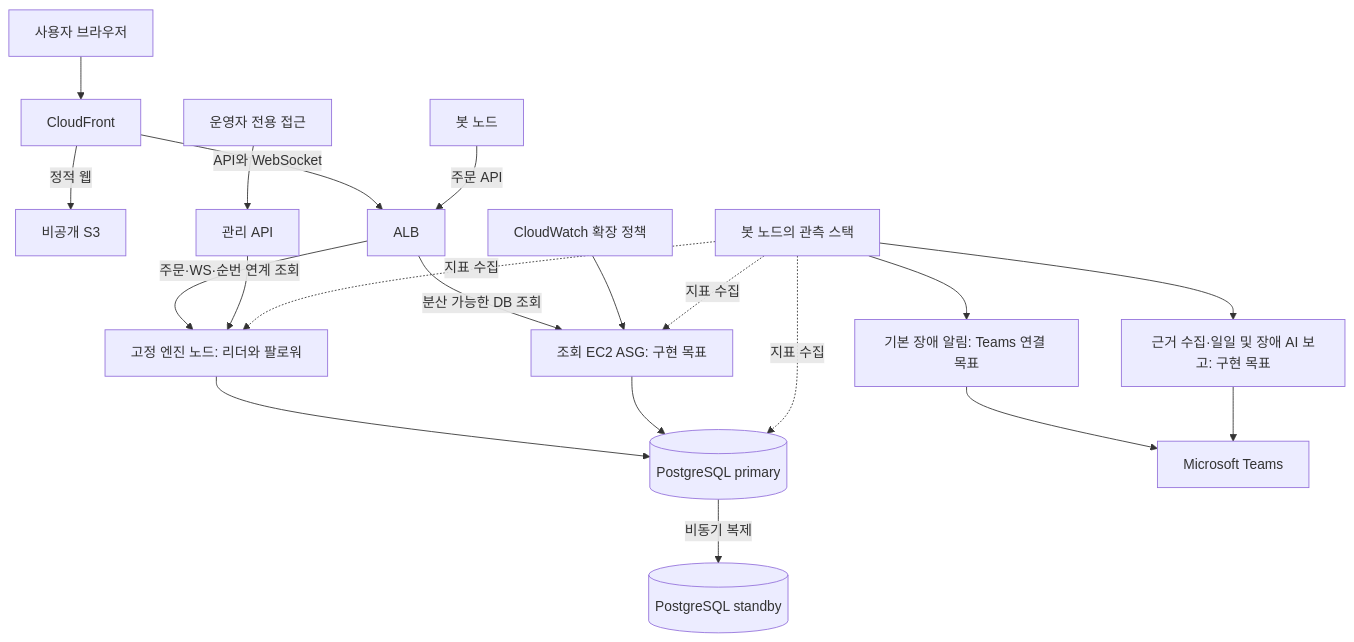
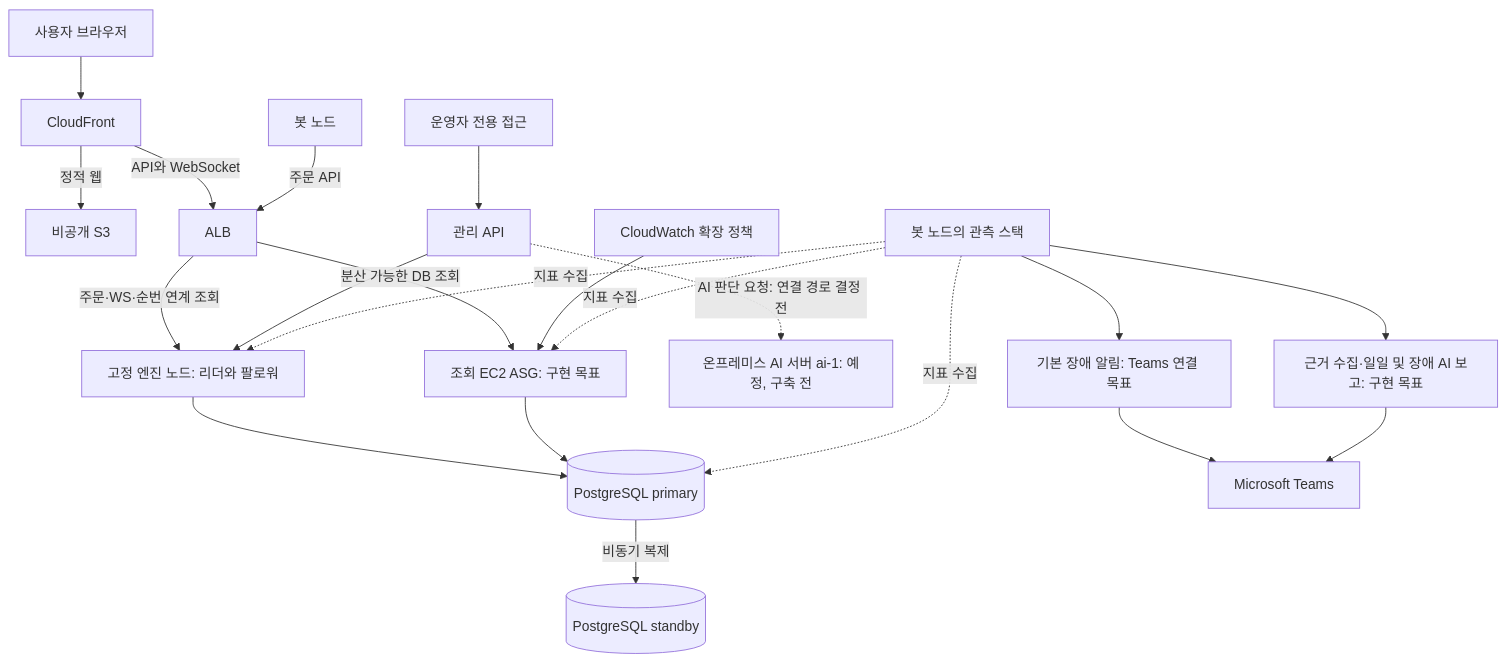
One commit to SanghyeokLee-KR/failstop changed the diagram in docs/reference/adr/0099-current-architecture.md. Above: the diagram before and after it, drawn with Mermaid. The commit also changed other lines of this file and 61 other files, not shown here.

````diff
--- a/docs/reference/adr/0099-current-architecture.md
+++ b/docs/reference/adr/0099-current-architecture.md
@@ -60,22 +61,23 @@
 ```mermaid
 flowchart TD
     Browser[사용자 브라우저] --> CF[CloudFront]
     CF -->|정적 웹| S3[비공개 S3]
     CF -->|API와 WebSocket| ALB[ALB]
     ALB -->|주문·WS·순번 연계 조회| Apps[고정 엔진 노드: 리더와 팔로워]
     ALB -->|분산 가능한 DB 조회| Readers[조회 EC2 ASG: 구현 목표]
     CW[CloudWatch 확장 정책] --> Readers
     Bot[봇 노드] -->|주문 API| ALB
     Apps --> Primary[(PostgreSQL primary)]
     Readers --> Primary
     Primary -->|비동기 복제| Standby[(PostgreSQL standby)]
     Ops[운영자 전용 접근] --> Admin[관리 API]
     Admin --> Apps
+    Admin -. AI 판단 요청: 연결 경로 결정 전 .-> AiSrv[온프레미스 AI 서버 ai-1: 예정, 구축 전]
     Metrics[봇 노드의 관측 스택] -. 지표 수집 .-> Apps
     Metrics -. 지표 수집 .-> Readers
     Metrics -. 지표 수집 .-> Primary
     Metrics --> Alerts[기본 장애 알림: Teams 연결 목표]
     Alerts --> Teams[Microsoft Teams]
     Metrics --> Report[근거 수집·일일 및 장애 AI 보고: 구현 목표]
     Report --> Teams
 ```
````
